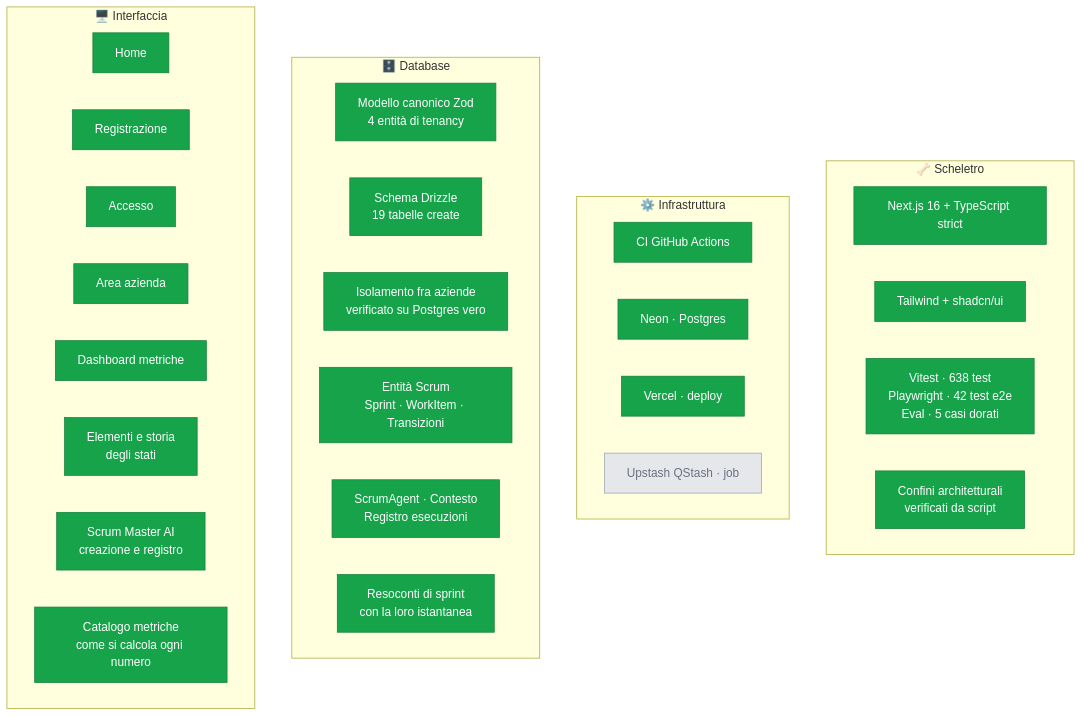
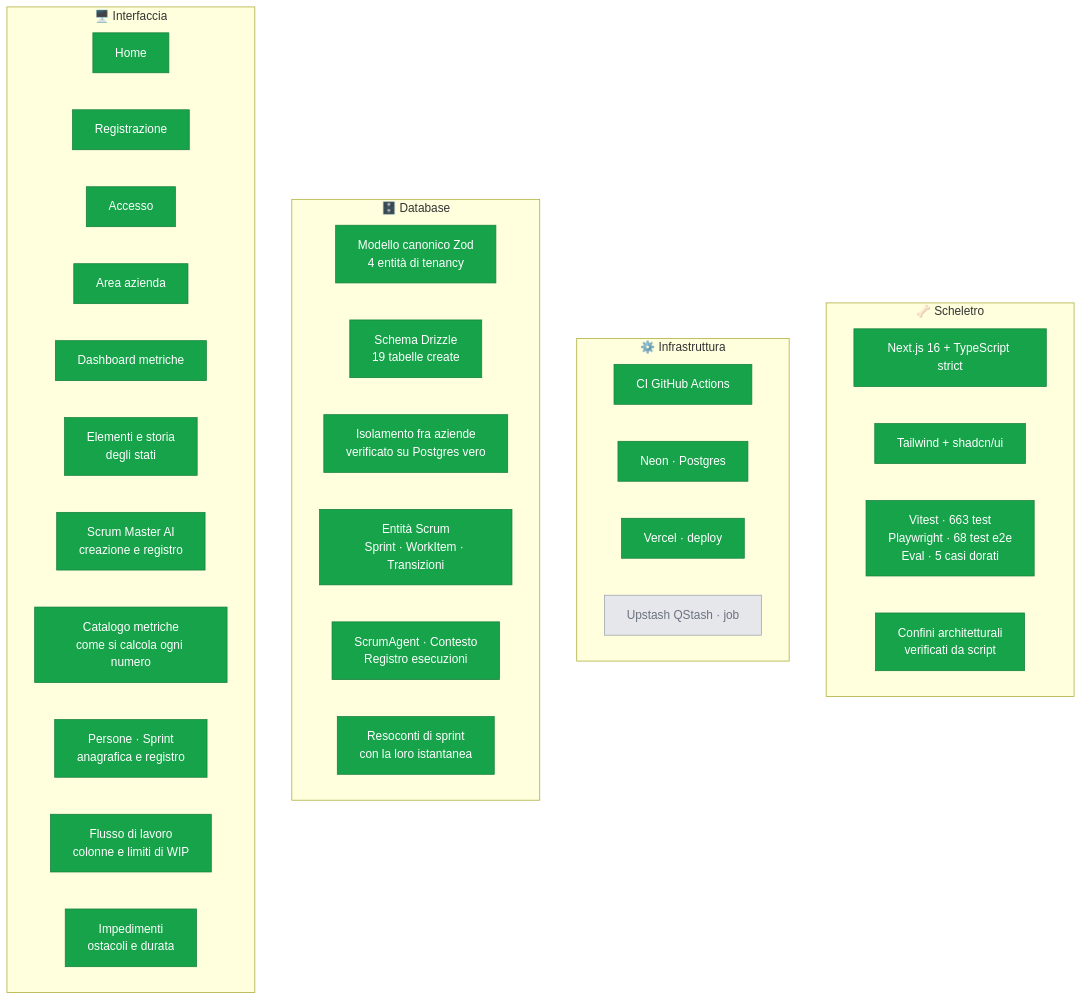
The first of 3 diagrams in docs/stato-progetto.md (dibari62/scrum-master-ai), drawn with Mermaid before and after one commit. The commit also changed other lines of this file and 40 other files, not shown here.

````diff
--- a/docs/stato-progetto.md
+++ b/docs/stato-progetto.md
@@ -13,46 +14,49 @@
 ```mermaid
 graph TB
     subgraph SCH["🦴 Scheletro"]
         S1["Next.js 16 + TypeScript strict"]
         S2["Tailwind + shadcn/ui"]
-        S3["Vitest · 638 test<br/>Playwright · 42 test e2e<br/>Eval · 5 casi dorati"]
+        S3["Vitest · 663 test<br/>Playwright · 68 test e2e<br/>Eval · 5 casi dorati"]
         S4["Confini architetturali<br/>verificati da script"]
     end
 
     subgraph INF["⚙️ Infrastruttura"]
         I1["CI GitHub Actions"]
         I2["Neon · Postgres"]
         I3["Vercel · deploy"]
         I4["Upstash QStash · job"]
     end
 
     subgraph DB["🗄️ Database"]
         D1["Modello canonico Zod<br/>4 entità di tenancy"]
         D2["Schema Drizzle<br/>19 tabelle create"]
         D3["Isolamento fra aziende<br/>verificato su Postgres vero"]
         D4["Entità Scrum<br/>Sprint · WorkItem · Transizioni"]
         D5["ScrumAgent · Contesto<br/>Registro esecuzioni"]
         D6["Resoconti di sprint<br/>con la loro istantanea"]
     end
 
     subgraph UI["🖥️ Interfaccia"]
         U1["Home"]
         U2["Registrazione"]
         U3["Accesso"]
         U4["Area azienda"]
         U5["Dashboard metriche"]
         U7["Elementi e storia<br/>degli stati"]
         U6["Scrum Master AI<br/>creazione e registro"]
         U8["Catalogo metriche<br/>come si calcola ogni numero"]
+        U9["Persone · Sprint<br/>anagrafica e registro"]
+        U10["Flusso di lavoro<br/>colonne e limiti di WIP"]
+        U11["Impedimenti<br/>ostacoli e durata"]
     end
 
     classDef fatto fill:#16a34a,stroke:#15803d,color:#fff
     classDef corso fill:#eab308,stroke:#ca8a04,color:#000
     classDef todo fill:#e5e7eb,stroke:#9ca3af,color:#6b7280
 
     class S1,S2,S3,S4 fatto
     class I1,I2,I3 fatto
     class I4 todo
     class D1,D2,D3,D4,D5,D6 fatto
-    class U1,U2,U3,U4,U5,U6,U7,U8 fatto
+    class U1,U2,U3,U4,U5,U6,U7,U8,U9,U10,U11 fatto
 ```
````
